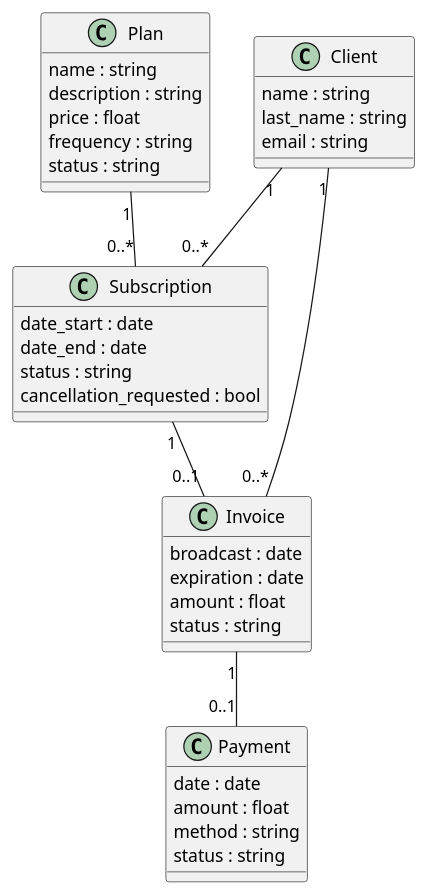
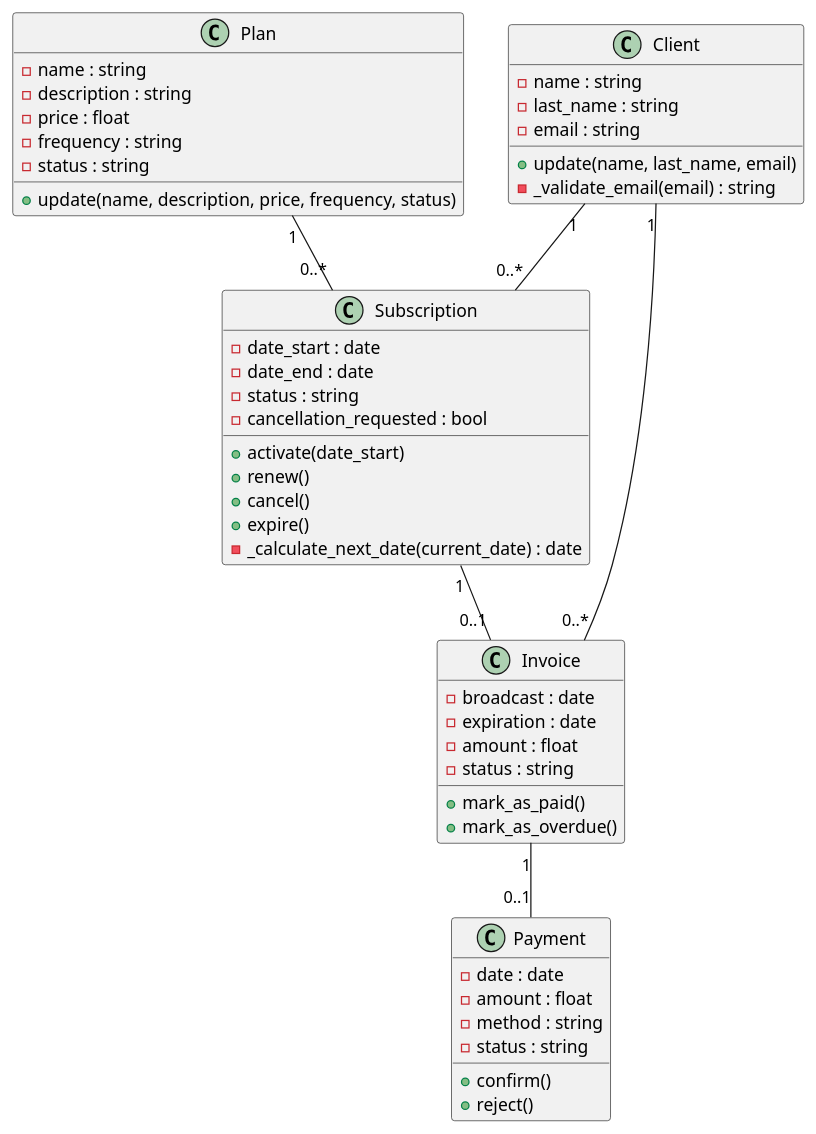
The diagram in docs/class-diagram.puml (nahuelfariasc/subscription-billing-system), drawn with PlantUML before and after one commit. The commit also changed 4 other files, not shown here.

Commit message:
chore: add seed sql, improve validations on main and fix class diagram

```diff
--- a/docs/class-diagram.puml
+++ b/docs/class-diagram.puml
@@ -1,44 +1,56 @@
 @startuml
 
 class Client {
-  name : string
-  last_name : string
-  email : string
+  - name : string
+  - last_name : string
+  - email : string
+  + update(name, last_name, email)
+  - _validate_email(email) : string
 }
 
 class Plan {
-  name : string
-  description : string
-  price : float
-  frequency : string
-  status : string
+  - name : string
+  - description : string
+  - price : float
+  - frequency : string
+  - status : string
+  + update(name, description, price, frequency, status)
 }
 
 class Subscription {
-  date_start : date
-  date_end : date
-  status : string
-  cancellation_requested : bool
+  - date_start : date
+  - date_end : date
+  - status : string
+  - cancellation_requested : bool
+  + activate(date_start)
+  + renew()
+  + cancel()
+  + expire()
+  - _calculate_next_date(current_date) : date
 }
 
 class Invoice {
-  broadcast : date
-  expiration : date
-  amount : float
-  status : string
+  - broadcast : date
+  - expiration : date
+  - amount : float
+  - status : string
+  + mark_as_paid()
+  + mark_as_overdue()
 }
 
 class Payment {
-  date : date
-  amount : float
-  method : string
-  status : string
+  - date : date
+  - amount : float
+  - method : string
+  - status : string
+  + confirm()
+  + reject()
 }
 
 Client "1" -- "0..*" Subscription
 Client "1" -- "0..*" Invoice
 Plan "1" -- "0..*" Subscription
 Subscription "1" -- "0..1" Invoice
 Invoice "1" -- "0..1" Payment
 
 @enduml
```
